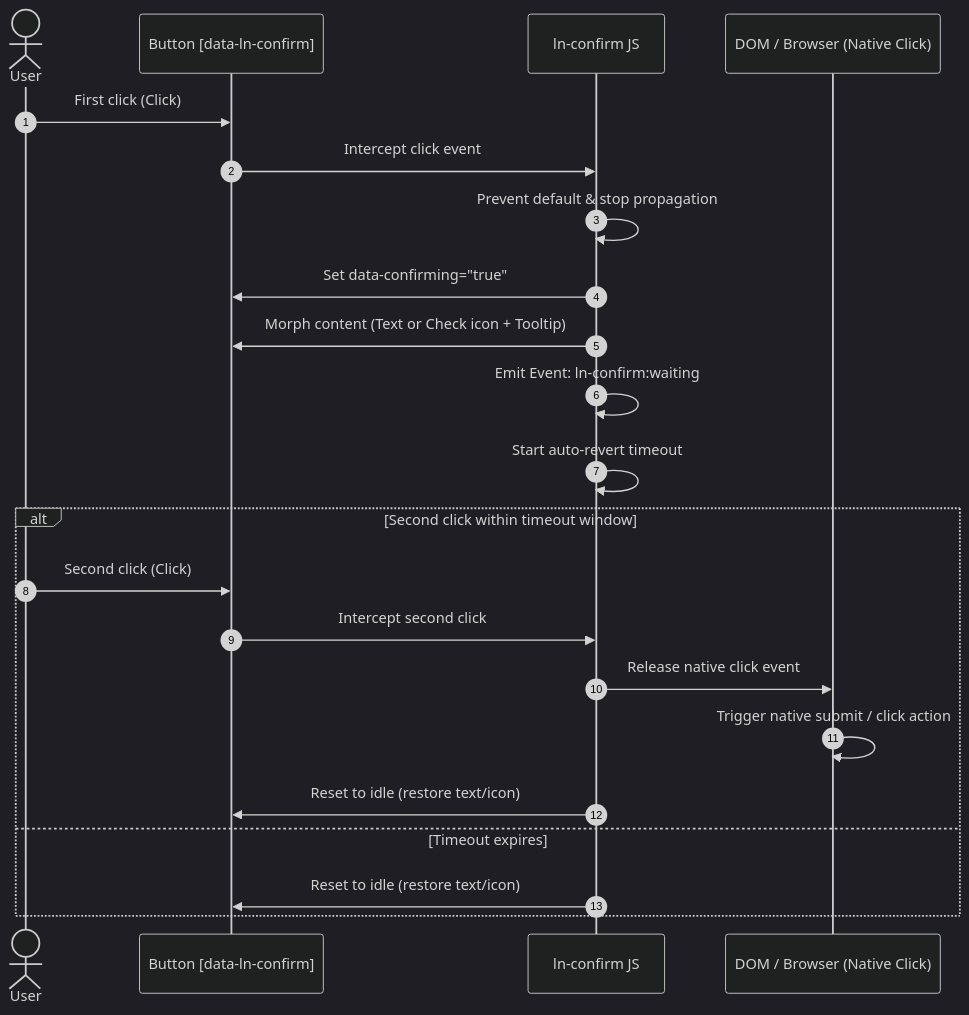
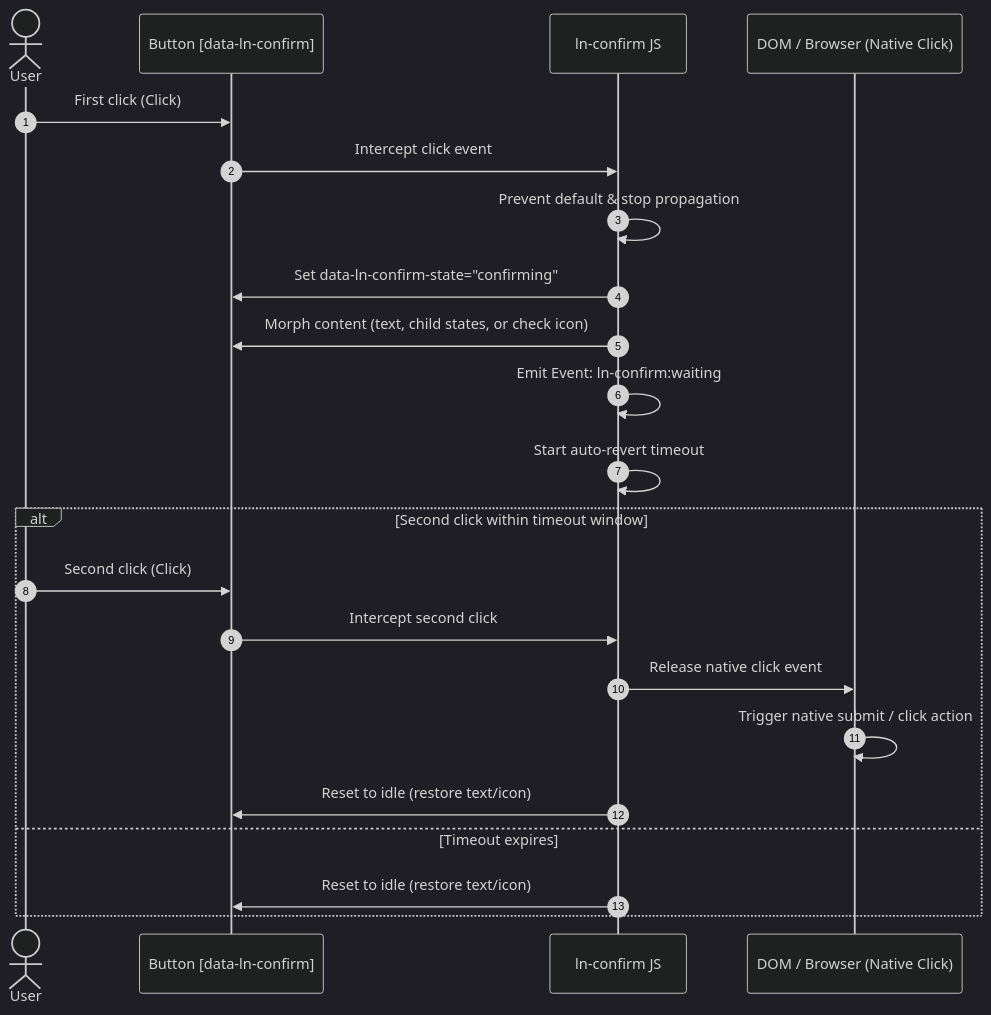
Before and after one commit to livenetworks/ln-ashlar: the diagram in docs-mcp/components/ln-confirm.md, drawn with Mermaid (dark theme). The commit also changed other lines of this file and 158 other files, not shown here.

````diff
--- a/docs-mcp/components/ln-confirm.md
+++ b/docs-mcp/components/ln-confirm.md
@@ -165,26 +167,26 @@
 ```mermaid
 sequenceDiagram
     autonumber
     actor User
     participant Button as Button [data-ln-confirm]
     participant JS as ln-confirm JS
     participant DOM as DOM / Browser (Native Click)
 
     User->>Button: First click (Click)
     Button->>JS: Intercept click event
     JS->>JS: Prevent default & stop propagation
-    JS->>Button: Set data-confirming="true"
-    JS->>Button: Morph content (Text or Check icon + Tooltip)
+    JS->>Button: Set data-ln-confirm-state="confirming"
+    JS->>Button: Morph content (text, child states, or check icon)
     JS->>JS: Emit Event: ln-confirm:waiting
     JS->>JS: Start auto-revert timeout
     
     alt Second click within timeout window
         User->>Button: Second click (Click)
         Button->>JS: Intercept second click
         JS->>DOM: Release native click event
         DOM->>DOM: Trigger native submit / click action
         JS->>Button: Reset to idle (restore text/icon)
     else Timeout expires
         JS->>Button: Reset to idle (restore text/icon)
     end
 ```
````
